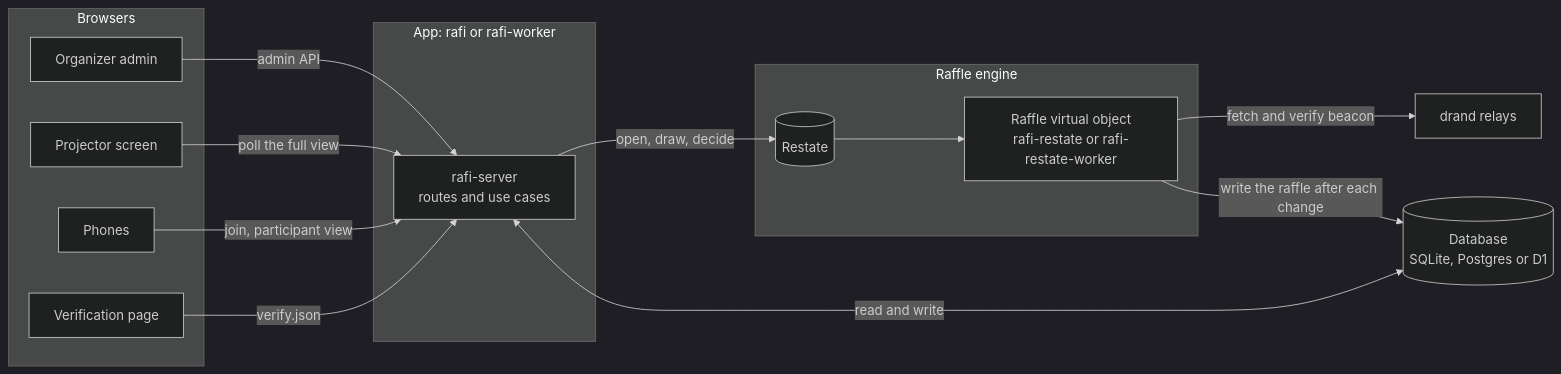
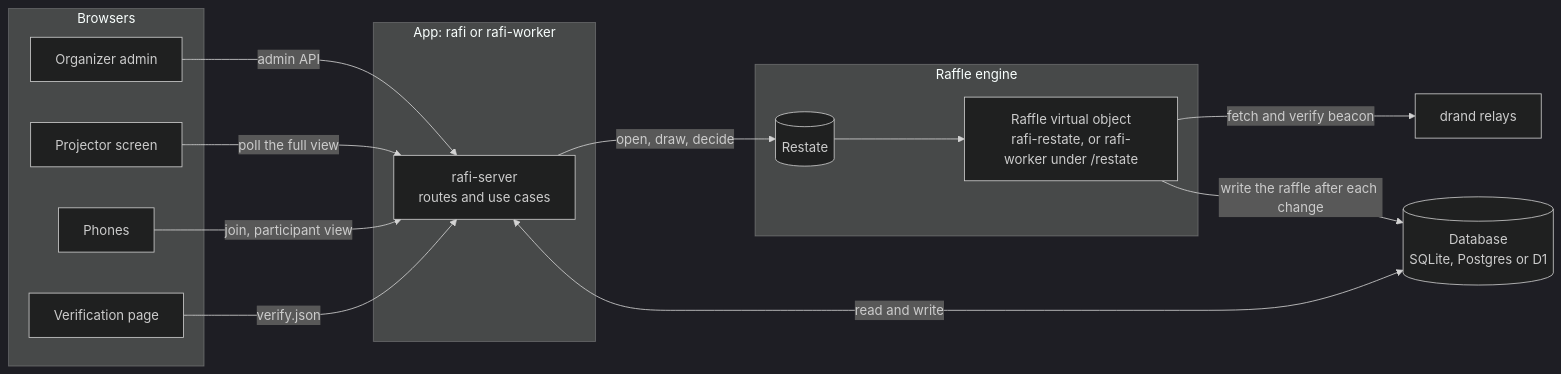
Before and after one commit to sagikazarmark/rafi.orig: the first of 4 diagrams in docs/explanation/architecture.md, drawn with Mermaid (dark theme). The commit also changed other lines of this file and 32 other files, not shown here.

````diff
--- a/docs/explanation/architecture.md
+++ b/docs/explanation/architecture.md
@@ -18,32 +18,32 @@
 ```mermaid
 flowchart LR
     subgraph clients [Browsers]
         admin[Organizer admin]
         screen[Projector screen]
         phone[Phones]
         verify[Verification page]
     end
 
     subgraph app [App: rafi or rafi-worker]
         server[rafi-server<br/>routes and use cases]
     end
 
     subgraph engine [Raffle engine]
         restate[(Restate)]
-        raffle[Raffle virtual object<br/>rafi-restate or rafi-restate-worker]
+        raffle[Raffle virtual object<br/>rafi-restate, or rafi-worker under /restate]
     end
 
     db[(Database<br/>SQLite, Postgres or D1)]
     drand[drand relays]
 
     admin -->|admin API| server
     screen -->|poll the full view| server
     phone -->|join, participant view| server
     verify -->|verify.json| server
 
     server -->|open, draw, decide| restate
     restate --> raffle
     raffle -->|fetch and verify beacon| drand
     raffle -->|write the raffle after each change| db
     server <-->|read and write| db
 ```
````
